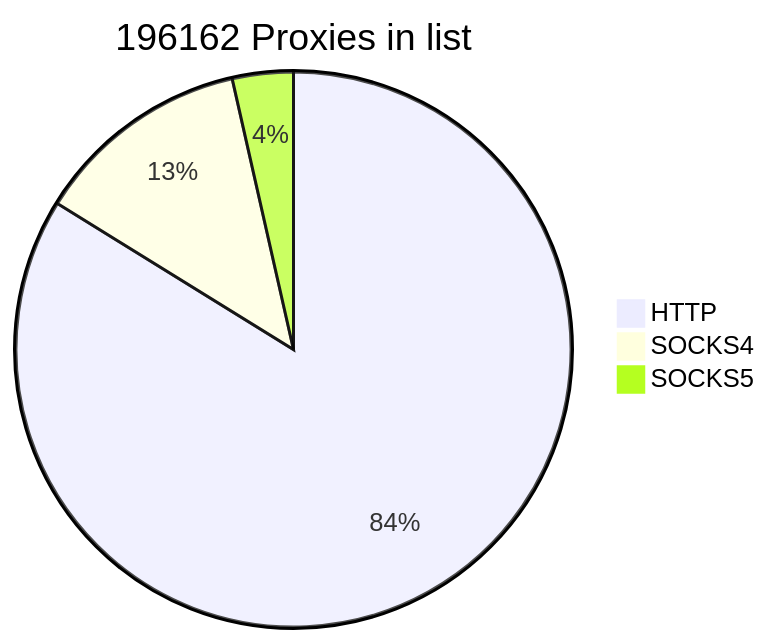
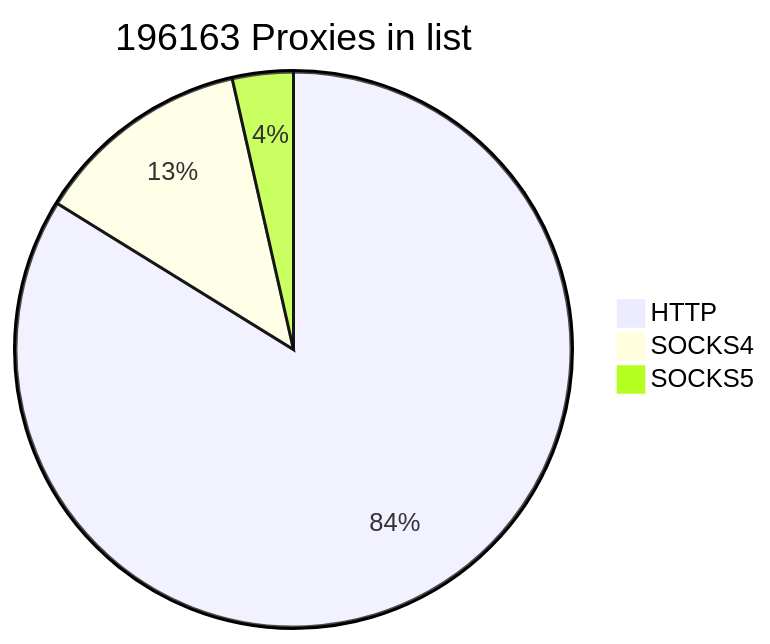
The first of 2 diagrams in README.md (cutipu/proxylist), drawn with Mermaid before and after one commit. The commit also changed other lines of this file, not shown here.

````diff
--- a/README.md
+++ b/README.md
@@ -2,7 +2,7 @@
 ```mermaid
-pie title 196162 Proxies in list
-    "HTTP" : 164409
-    "SOCKS4" : 24801
-    "SOCKS5" : 6952
+pie title 196163 Proxies in list
+    "HTTP" : 164410
+    "SOCKS4" : 24803
+    "SOCKS5" : 6950
             
 ```
````
